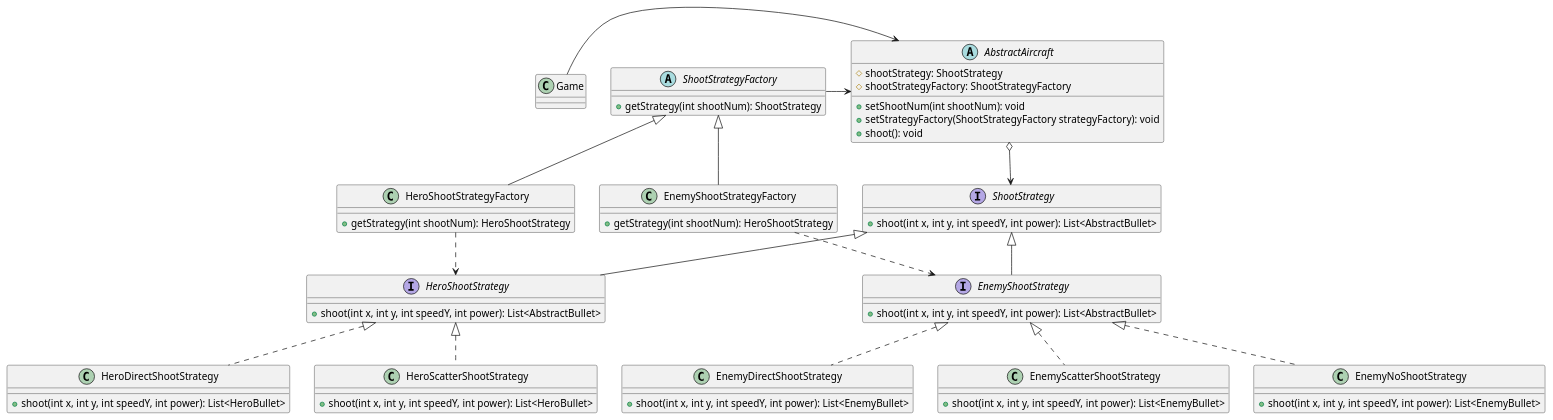
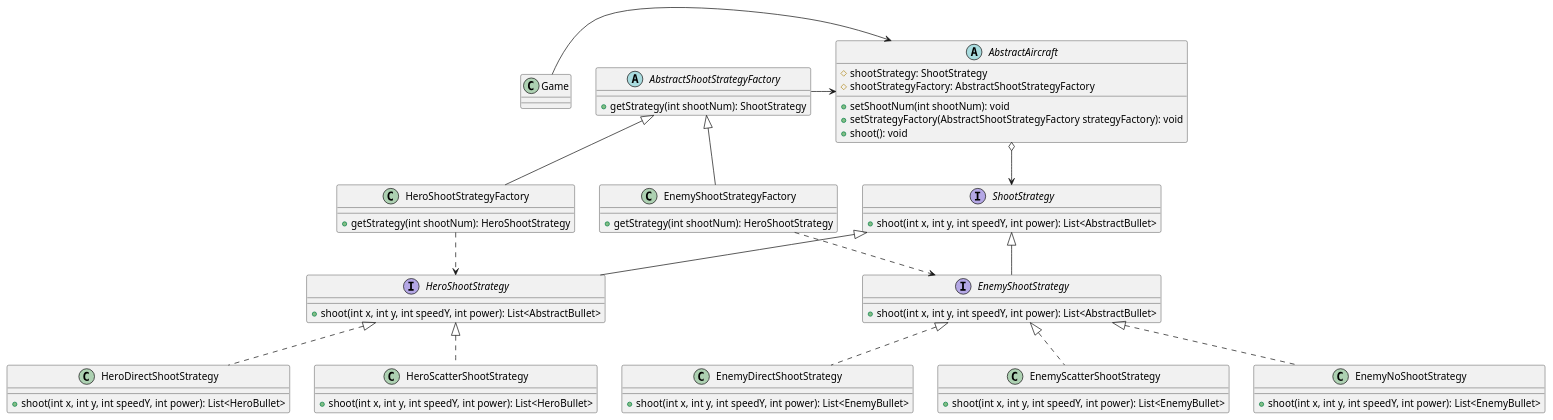
One commit to Jim-shop/AircraftWar changed the diagram in uml/StrategyPattern-ex4.puml. Above: the diagram before and after it, drawn with PlantUML. The commit also changed 9 other files, not shown here.

```diff
--- a/uml/StrategyPattern-ex4.puml
+++ b/uml/StrategyPattern-ex4.puml
@@ -1,66 +1,66 @@
 @startuml
 
 interface ShootStrategy {
     + shoot(int x, int y, int speedY, int power): List<AbstractBullet>
 }
 
 interface HeroShootStrategy extends ShootStrategy {
     + shoot(int x, int y, int speedY, int power): List<AbstractBullet>
 }
 
 interface EnemyShootStrategy extends ShootStrategy {
     + shoot(int x, int y, int speedY, int power): List<AbstractBullet>
 }
 
 class HeroDirectShootStrategy implements HeroShootStrategy {
     + shoot(int x, int y, int speedY, int power): List<HeroBullet>
 }
 
 class HeroScatterShootStrategy implements HeroShootStrategy {
     + shoot(int x, int y, int speedY, int power): List<HeroBullet>
 }
 
 class EnemyNoShootStrategy implements EnemyShootStrategy {
     + shoot(int x, int y, int speedY, int power): List<EnemyBullet>
 }
 
 class EnemyDirectShootStrategy implements EnemyShootStrategy {
     + shoot(int x, int y, int speedY, int power): List<EnemyBullet>
 }
 
 class EnemyScatterShootStrategy implements EnemyShootStrategy {
     + shoot(int x, int y, int speedY, int power): List<EnemyBullet>
 }
 
-abstract class ShootStrategyFactory {
+abstract class AbstractShootStrategyFactory {
     + getStrategy(int shootNum): ShootStrategy
 }
 
-class HeroShootStrategyFactory extends ShootStrategyFactory {
+class HeroShootStrategyFactory extends AbstractShootStrategyFactory {
     + getStrategy(int shootNum): HeroShootStrategy
 }
 
-class EnemyShootStrategyFactory extends ShootStrategyFactory {
+class EnemyShootStrategyFactory extends AbstractShootStrategyFactory {
     + getStrategy(int shootNum): HeroShootStrategy
 }
 
 HeroShootStrategyFactory ..> HeroShootStrategy
 EnemyShootStrategyFactory ..> EnemyShootStrategy
 
 abstract class AbstractAircraft {
     # shootStrategy: ShootStrategy
-    # shootStrategyFactory: ShootStrategyFactory
+    # shootStrategyFactory: AbstractShootStrategyFactory
     + setShootNum(int shootNum): void
-    + setStrategyFactory(ShootStrategyFactory strategyFactory): void
+    + setStrategyFactory(AbstractShootStrategyFactory strategyFactory): void
 '    + setStrategy(ShootStrategy strategy): void
     + shoot(): void
 }
 
 AbstractAircraft o--> ShootStrategy
 
 class Game {}
 
-ShootStrategyFactory -> AbstractAircraft
+AbstractShootStrategyFactory -> AbstractAircraft
 Game -> AbstractAircraft
 
 @enduml
```
